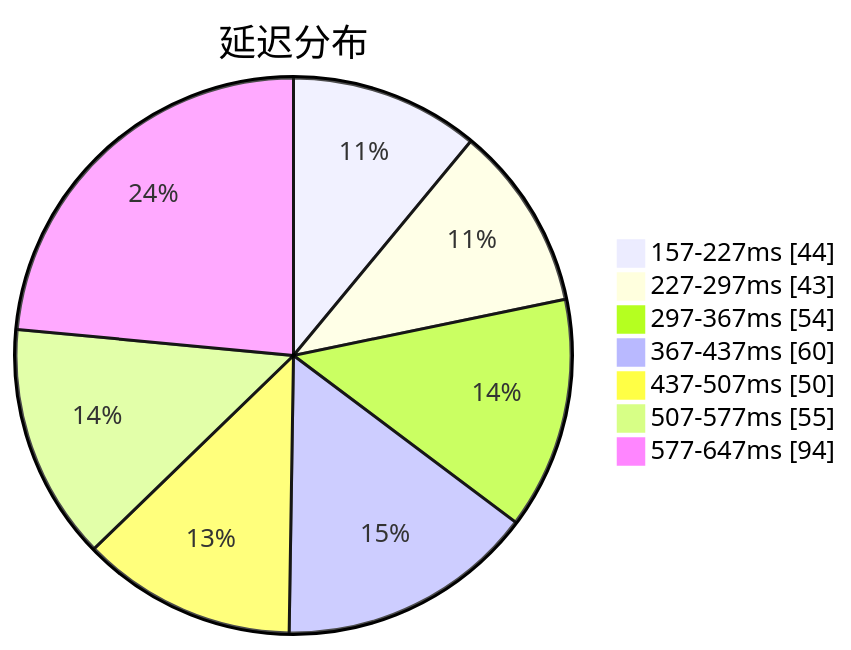
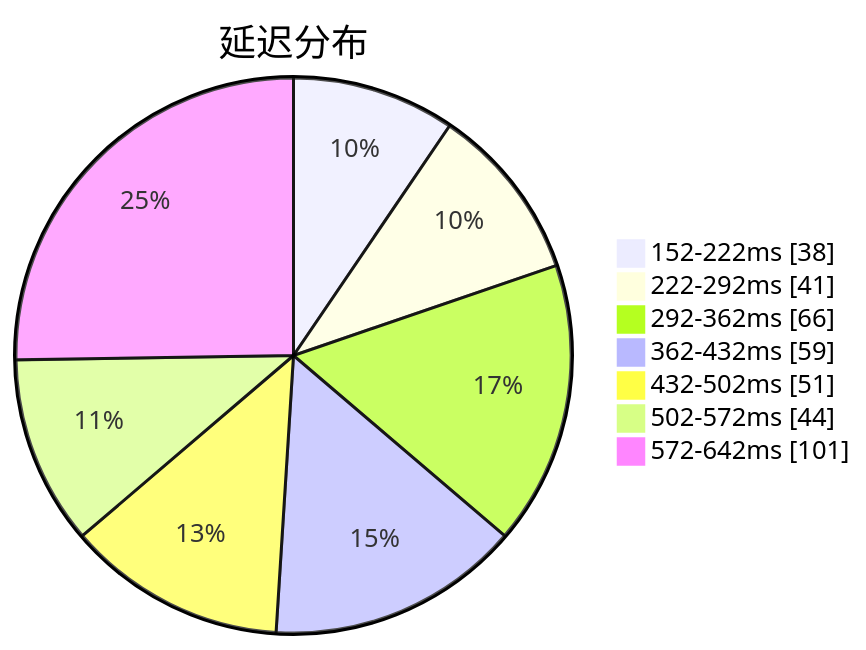
Before and after one commit to qjlxg/airport: the first of 3 diagrams in subs/statistics/tested_within.md, drawn with Mermaid. The commit also changed other lines of this file and 2 other files, not shown here.

````diff
--- a/subs/statistics/tested_within.md
+++ b/subs/statistics/tested_within.md
@@ -2,11 +2,11 @@
 ```mermaid
 pie showData
 title 延迟分布
-"157-227ms" : 44
-"227-297ms" : 43
-"297-367ms" : 54
-"367-437ms" : 60
-"437-507ms" : 50
-"507-577ms" : 55
-"577-647ms" : 94
+"152-222ms" : 38
+"222-292ms" : 41
+"292-362ms" : 66
+"362-432ms" : 59
+"432-502ms" : 51
+"502-572ms" : 44
+"572-642ms" : 101
 ```
````
